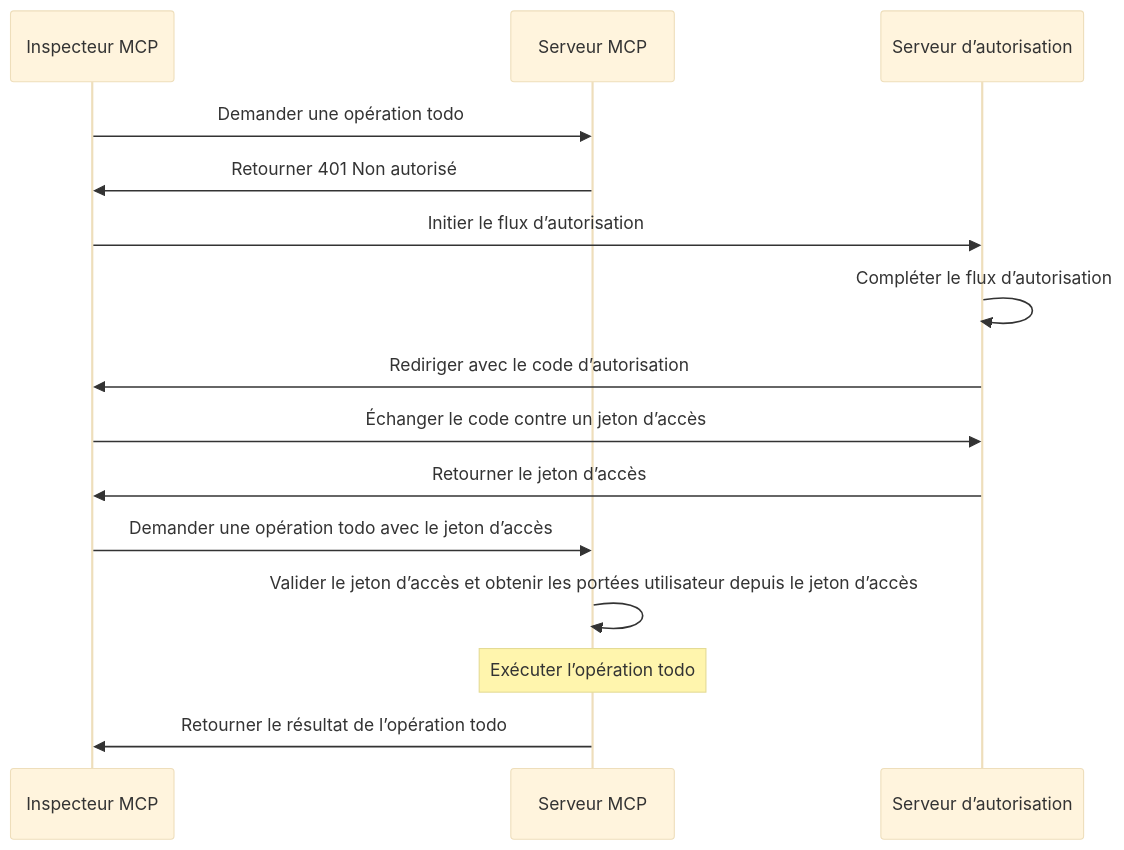
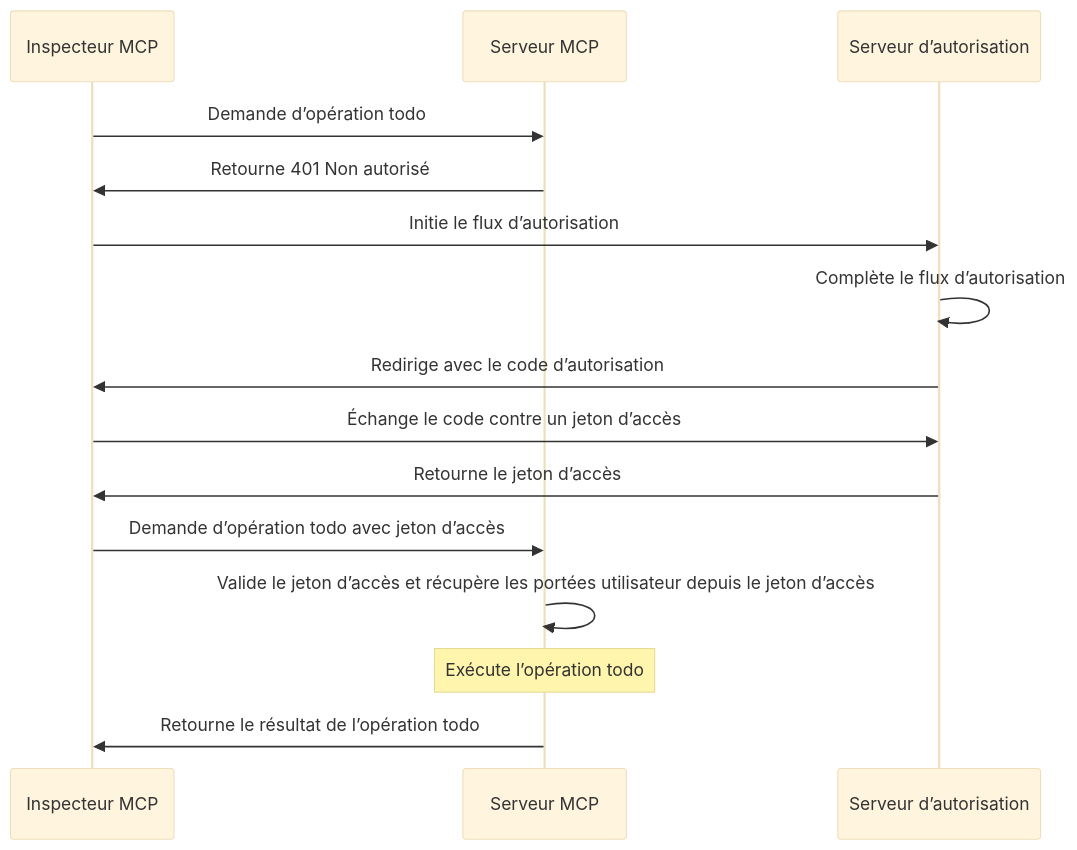
One commit to mcp-auth/docs changed the first of 2 diagrams in i18n/fr/docusaurus-plugin-content-docs/current/tutorials/todo-manager/README.mdx. Above: the diagram before and after it, drawn with Mermaid (base theme). The commit also changed other lines of this file and 17 other files, not shown here.

````diff
--- a/i18n/fr/docusaurus-plugin-content-docs/current/tutorials/todo-manager/README.mdx
+++ b/i18n/fr/docusaurus-plugin-content-docs/current/tutorials/todo-manager/README.mdx
@@ -35,18 +35,18 @@
 ```mermaid
 sequenceDiagram
     participant Client as Inspecteur MCP
     participant Server as Serveur MCP
     participant Auth as Serveur d’autorisation
 
-    Client->>Server: Demander une opération todo
-    Server->>Client: Retourner 401 Non autorisé
-    Client->>Auth: Initier le flux d’autorisation
-    Auth->>Auth: Compléter le flux d’autorisation
-    Auth->>Client: Rediriger avec le code d’autorisation
-    Client->>Auth: Échanger le code contre un jeton d’accès
-    Auth->>Client: Retourner le jeton d’accès
-    Client->>Server: Demander une opération todo avec le jeton d’accès
-    Server->>Server: Valider le jeton d’accès et obtenir les portées utilisateur depuis le jeton d’accès
-    Note over Server: Exécuter l’opération todo
-    Server->>Client: Retourner le résultat de l’opération todo
+    Client->>Server: Demande d’opération todo
+    Server->>Client: Retourne 401 Non autorisé
+    Client->>Auth: Initie le flux d’autorisation
+    Auth->>Auth: Complète le flux d’autorisation
+    Auth->>Client: Redirige avec le code d’autorisation
+    Client->>Auth: Échange le code contre un jeton d’accès
+    Auth->>Client: Retourne le jeton d’accès
+    Client->>Server: Demande d’opération todo avec jeton d’accès
+    Server->>Server: Valide le jeton d’accès et récupère les portées utilisateur depuis le jeton d’accès
+    Note over Server: Exécute l’opération todo
+    Server->>Client: Retourne le résultat de l’opération todo
 ```
````
